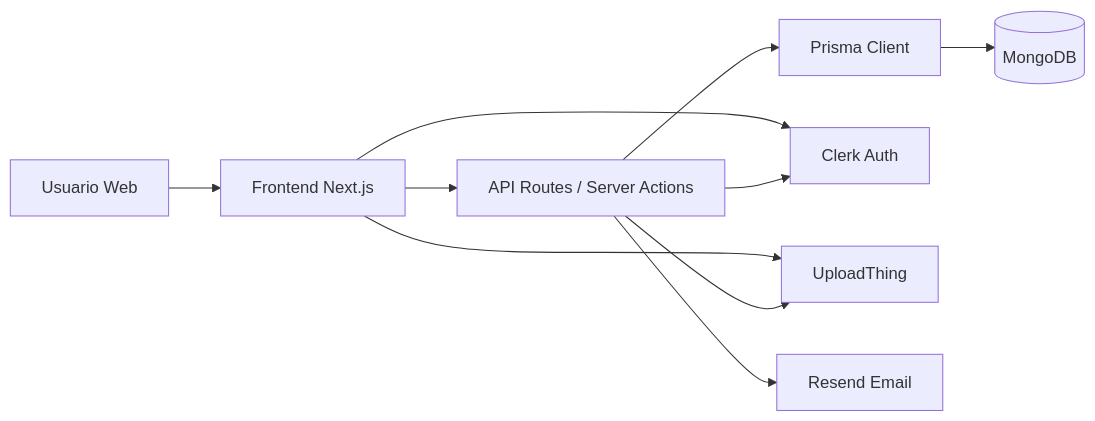
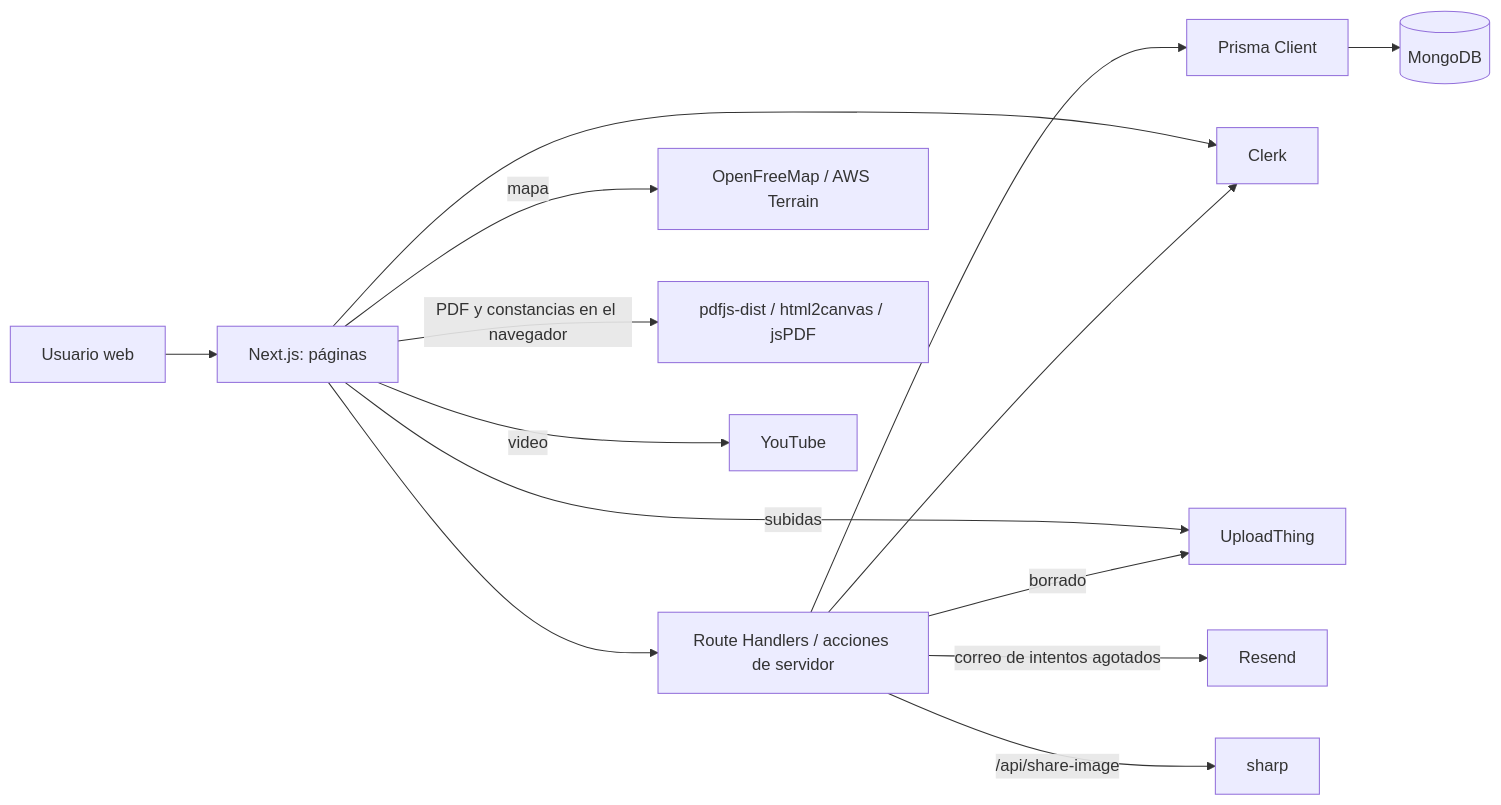
Before and after one commit to aulasteammed/lms-steam: the diagram in docs/tecnica-arquitectura/arquitectura-sistema.md, drawn with Mermaid. The commit also changed other lines of this file and 20 other files, not shown here.

````diff
--- a/docs/tecnica-arquitectura/arquitectura-sistema.md
+++ b/docs/tecnica-arquitectura/arquitectura-sistema.md
@@ -18,15 +24,19 @@
 ```mermaid
 flowchart LR
-    U[Usuario Web] --> F[Frontend Next.js]
-    F --> A[API Routes / Server Actions]
-    A --> P[Prisma Client]
-    P --> M[(MongoDB)]
+    U[Usuario web] --> F[Next.js: páginas]
+    F --> A[Route Handlers / acciones de servidor]
+    A --> P[Prisma Client] --> M[(MongoDB)]
 
-    F --> C[Clerk Auth]
+    F --> C[Clerk]
     A --> C
 
-    F --> UT[UploadThing]
-    A --> UT
+    F -->|subidas| UT[UploadThing]
+    A -->|borrado| UT
 
-    A --> R[Resend Email]
+    A -->|correo de intentos agotados| R[Resend]
+    A -->|/api/share-image| S[sharp]
+
+    F -->|mapa| MAP[OpenFreeMap / AWS Terrain]
+    F -->|PDF y constancias en el navegador| PDF[pdfjs-dist / html2canvas / jsPDF]
+    F -->|video| YT[YouTube]
 ```
````
